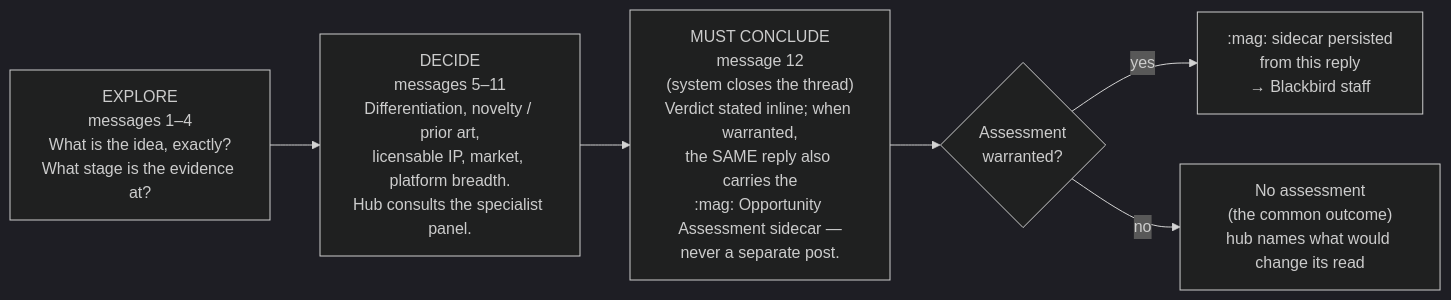
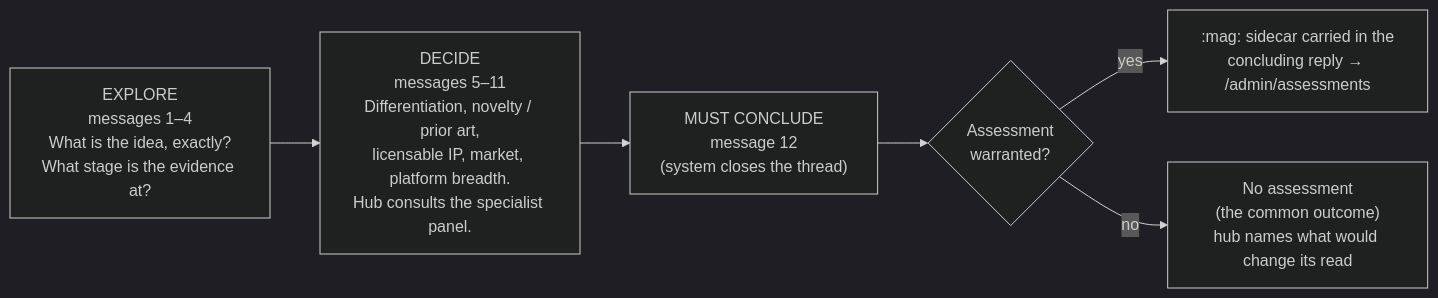
One commit to SuLab/coPI.science changed the third of 3 diagrams in docs/specs/2026-08-07-hub-lab-flow.md. Above: the diagram before and after it, drawn with Mermaid (dark theme). The commit also changed other lines of this file, not shown here.

First line of the commit message:
docs(specs): restore the flow schematic to the original's shape, updated for the reply-only system

````diff
--- a/docs/specs/2026-08-07-hub-lab-flow.md
+++ b/docs/specs/2026-08-07-hub-lab-flow.md
@@ -84,13 +85,13 @@
 ```mermaid
 flowchart LR
     E["EXPLORE<br/>messages 1–4<br/>What is the idea, exactly?<br/>What stage is the evidence at?"]
     D["DECIDE<br/>messages 5–11<br/>Differentiation, novelty / prior art,<br/>licensable IP, market, platform breadth.<br/>Hub consults the specialist panel."]
-    C["MUST CONCLUDE<br/>message 12<br/>(system closes the thread)<br/>Verdict stated inline; when warranted,<br/>the SAME reply also carries the<br/>:mag: Opportunity Assessment sidecar —<br/>never a separate post."]
+    C["MUST CONCLUDE<br/>message 12<br/>(system closes the thread)"]
     Q{"Assessment<br/>warranted?"}
-    MAG[":mag: sidecar persisted<br/>from this reply<br/>→ Blackbird staff"]
+    MAG[":mag: sidecar carried in the<br/>concluding reply → /admin/assessments"]
     NONE["No assessment<br/>(the common outcome)<br/>hub names what would change its read"]
 
     E --> D --> C --> Q
     Q -->|"yes"| MAG
     Q -->|"no"| NONE
 ```
````
